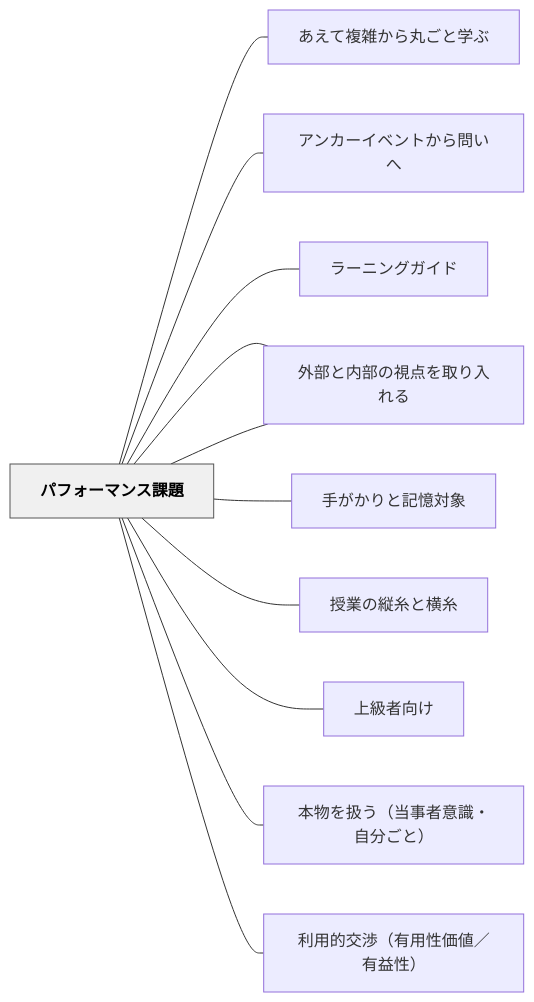
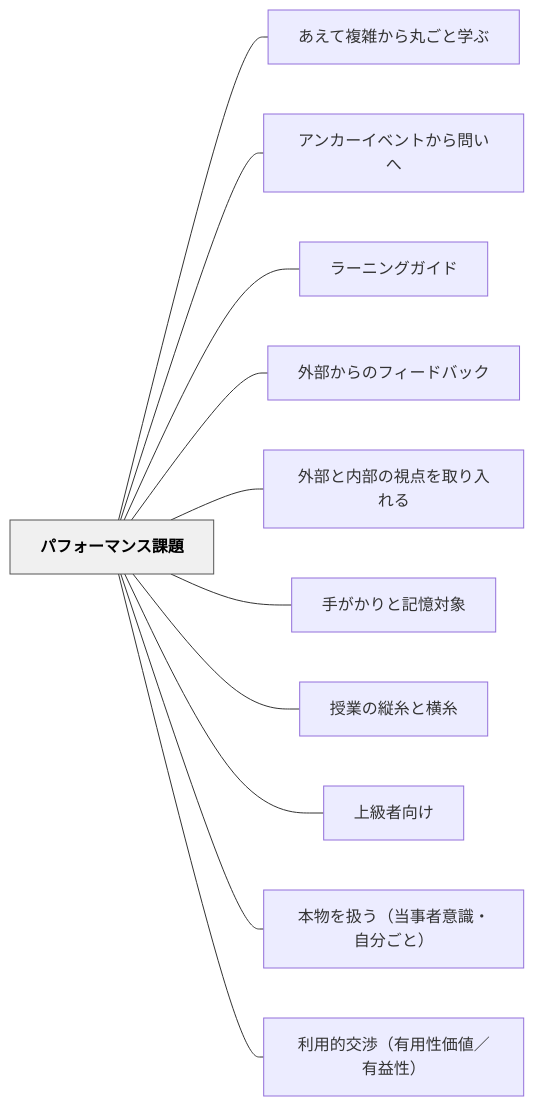
The diagram in content/パタン/パフォーマンス課題.md (unknownthings-ed-patterns/unknownthings-ed-patterns), drawn with Mermaid before and after one commit. The commit also changed 527 other files, not shown here.

````diff
--- a/content/パタン/パフォーマンス課題.md
+++ b/content/パタン/パフォーマンス課題.md
@@ -86,28 +86,28 @@
 ```mermaid
 flowchart LR
-    ne38391e38395["パフォーマンス課題"]
-    ne38182e38188["あえて複雑から丸ごと学ぶ"]
-    ne382a2e383b3["アンカーイベントから問いへ"]
-    ne383a9e383bc["ラーニングガイド"]
-    ne5a496e983a8["外部からのフィードバック"]
-    ne5a496e983a8["外部と内部の視点を取り入れる"]
-    ne6898be3818c["手がかりと記憶対象"]
-    ne68e88e6a5ad["授業の縦糸と横糸"]
-    ne4b88ae7b49a["上級者向け"]
-    ne69cace789a9["本物を扱う（当事者意識・自分ごと）"]
-    ne588a9e794a8["利用的交渉（有用性価値／有益性）"]
+    ne38391e38395e382a9e383bce3839ee383b3e382b9e8aab2e9a18c["パフォーマンス課題"]
+    ne38182e38188e381a6e8a487e99b91e3818be38289e4b8b8e38194e381a8e5ada6e381b6["あえて複雑から丸ごと学ぶ"]
+    ne382a2e383b3e382abe383bce382a4e38399e383b3e38388e3818be38289e5958fe38184e381b8["アンカーイベントから問いへ"]
+    ne383a9e383bce3838be383b3e382b0e382ace382a4e38389["ラーニングガイド"]
+    ne5a496e983a8e3818be38289e381aee38395e382a3e383bce38389e38390e38383e382af["外部からのフィードバック"]
+    ne5a496e983a8e381a8e58685e983a8e381aee8a696e782b9e38292e58f96e3828ae585a5e3828ce3828b["外部と内部の視点を取り入れる"]
+    ne6898be3818ce3818be3828ae381a8e8a898e686b6e5afbee8b1a1["手がかりと記憶対象"]
+    ne68e88e6a5ade381aee7b8a6e7b3b8e381a8e6a8aae7b3b8["授業の縦糸と横糸"]
+    ne4b88ae7b49ae88085e59091e38191["上級者向け"]
+    ne69cace789a9e38292e689b1e38186efbc88e5bd93e4ba8be88085e6848fe8ad98e383bbe887aae58886e38194e381a8efbc89["本物を扱う（当事者意識・自分ごと）"]
+    ne588a9e794a8e79a84e4baa4e6b889efbc88e69c89e794a8e680a7e4bea1e580a4efbc8fe69c89e79b8ae680a7efbc89["利用的交渉（有用性価値／有益性）"]
 
-    ne38391e38395 --- ne38182e38188
-    ne38391e38395 --- ne382a2e383b3
-    ne38391e38395 --- ne383a9e383bc
-    ne38391e38395 --- ne5a496e983a8
-    ne38391e38395 --- ne5a496e983a8
-    ne38391e38395 --- ne6898be3818c
-    ne38391e38395 --- ne68e88e6a5ad
-    ne38391e38395 --- ne4b88ae7b49a
-    ne38391e38395 --- ne69cace789a9
-    ne38391e38395 --- ne588a9e794a8
+    ne38391e38395e382a9e383bce3839ee383b3e382b9e8aab2e9a18c --- ne38182e38188e381a6e8a487e99b91e3818be38289e4b8b8e38194e381a8e5ada6e381b6
+    ne38391e38395e382a9e383bce3839ee383b3e382b9e8aab2e9a18c --- ne382a2e383b3e382abe383bce382a4e38399e383b3e38388e3818be38289e5958fe38184e381b8
+    ne38391e38395e382a9e383bce3839ee383b3e382b9e8aab2e9a18c --- ne383a9e383bce3838be383b3e382b0e382ace382a4e38389
+    ne38391e38395e382a9e383bce3839ee383b3e382b9e8aab2e9a18c --- ne5a496e983a8e3818be38289e381aee38395e382a3e383bce38389e38390e38383e382af
+    ne38391e38395e382a9e383bce3839ee383b3e382b9e8aab2e9a18c --- ne5a496e983a8e381a8e58685e983a8e381aee8a696e782b9e38292e58f96e3828ae585a5e3828ce3828b
+    ne38391e38395e382a9e383bce3839ee383b3e382b9e8aab2e9a18c --- ne6898be3818ce3818be3828ae381a8e8a898e686b6e5afbee8b1a1
+    ne38391e38395e382a9e383bce3839ee383b3e382b9e8aab2e9a18c --- ne68e88e6a5ade381aee7b8a6e7b3b8e381a8e6a8aae7b3b8
+    ne38391e38395e382a9e383bce3839ee383b3e382b9e8aab2e9a18c --- ne4b88ae7b49ae88085e59091e38191
+    ne38391e38395e382a9e383bce3839ee383b3e382b9e8aab2e9a18c --- ne69cace789a9e38292e689b1e38186efbc88e5bd93e4ba8be88085e6848fe8ad98e383bbe887aae58886e38194e381a8efbc89
+    ne38391e38395e382a9e383bce3839ee383b3e382b9e8aab2e9a18c --- ne588a9e794a8e79a84e4baa4e6b889efbc88e69c89e794a8e680a7e4bea1e580a4efbc8fe69c89e79b8ae680a7efbc89
 
     classDef hub fill:#f0f0f0,stroke:#555,color:#000,font-weight:bold
-    class ne38391e38395 hub
+    class ne38391e38395e382a9e383bce3839ee383b3e382b9e8aab2e9a18c hub
 ```
````
